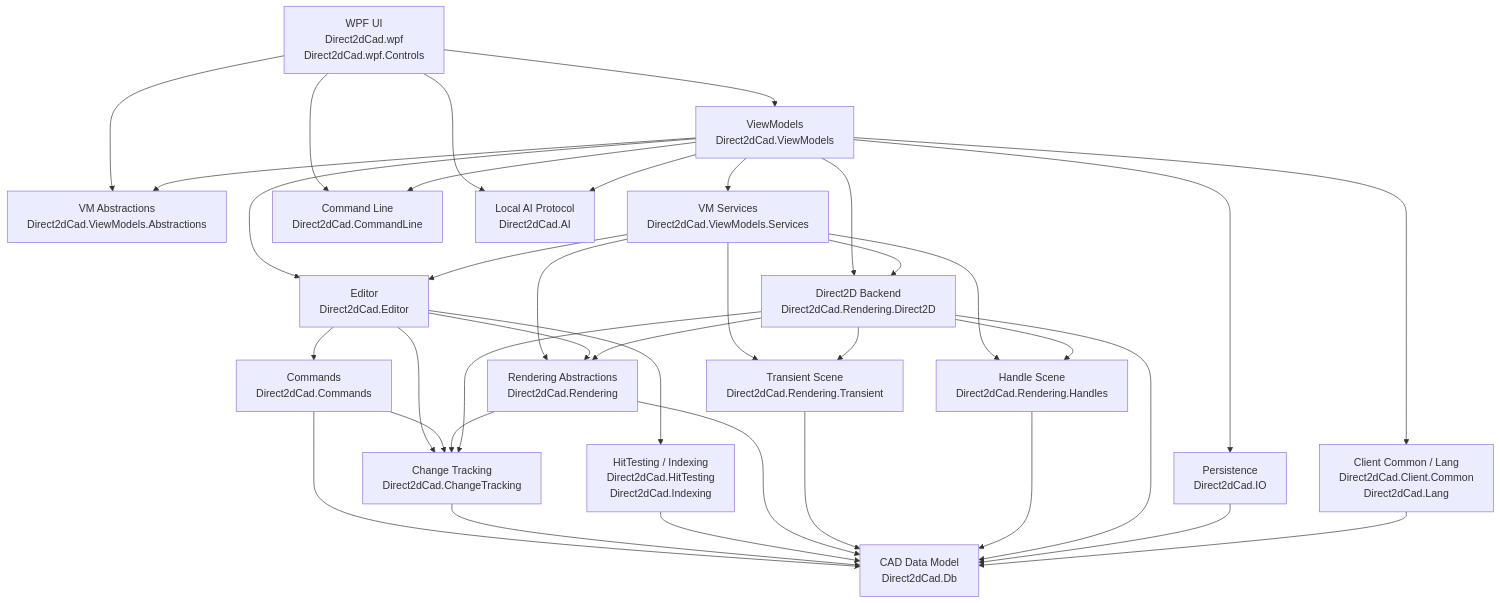
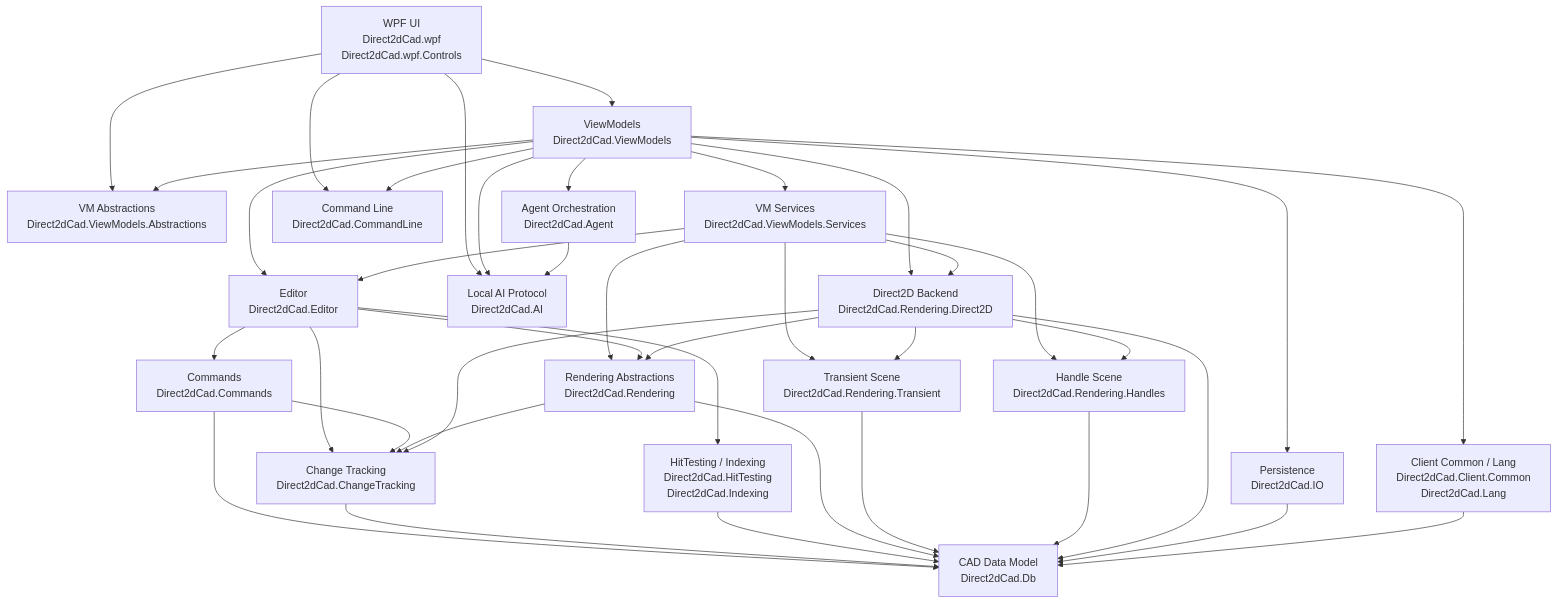
One commit to yoi102/Direct2dCad changed the diagram in README.md. Above: the diagram before and after it, drawn with Mermaid. The commit also changed other lines of this file and 31 other files, not shown here.

````diff
--- a/README.md
+++ b/README.md
@@ -72,57 +72,60 @@
 ```mermaid
 flowchart TD
     UI["WPF UI<br/>Direct2dCad.wpf<br/>Direct2dCad.wpf.Controls"]
     VMAbs["VM Abstractions<br/>Direct2dCad.ViewModels.Abstractions"]
     VMServices["VM Services<br/>Direct2dCad.ViewModels.Services"]
     VM["ViewModels<br/>Direct2dCad.ViewModels"]
     Client["Client Common / Lang<br/>Direct2dCad.Client.Common<br/>Direct2dCad.Lang"]
     Editor["Editor<br/>Direct2dCad.Editor"]
     Commands["Commands<br/>Direct2dCad.Commands"]
     CommandLine["Command Line<br/>Direct2dCad.CommandLine"]
     AI["Local AI Protocol<br/>Direct2dCad.AI"]
+    Agent["Agent Orchestration<br/>Direct2dCad.Agent"]
     ChangeTracking["Change Tracking<br/>Direct2dCad.ChangeTracking"]
     Db["CAD Data Model<br/>Direct2dCad.Db"]
     Query["HitTesting / Indexing<br/>Direct2dCad.HitTesting<br/>Direct2dCad.Indexing"]
     Rendering["Rendering Abstractions<br/>Direct2dCad.Rendering"]
     Transient["Transient Scene<br/>Direct2dCad.Rendering.Transient"]
     Handles["Handle Scene<br/>Direct2dCad.Rendering.Handles"]
     Direct2D["Direct2D Backend<br/>Direct2dCad.Rendering.Direct2D"]
     IO["Persistence<br/>Direct2dCad.IO"]
 
     UI --> VM
     UI --> VMAbs
     UI --> CommandLine
     UI --> AI
     VM --> VMAbs
     VM --> CommandLine
     VM --> AI
+    VM --> Agent
     VM --> VMServices
     VM --> Client
     VM --> Editor
     VM --> IO
     VM --> Direct2D
     VMServices --> Editor
     VMServices --> Rendering
     VMServices --> Direct2D
     VMServices --> Handles
     VMServices --> Transient
     Editor --> Commands
     Editor --> ChangeTracking
     Editor --> Query
     Editor --> Rendering
     Commands --> ChangeTracking
     Commands --> Db
     ChangeTracking --> Db
     Query --> Db
     Rendering --> ChangeTracking
     Rendering --> Db
     Transient --> Db
     Handles --> Db
     Direct2D --> Rendering
     Direct2D --> Handles
     Direct2D --> Transient
     Direct2D --> ChangeTracking
     Direct2D --> Db
     IO --> Db
     Client --> Db
+    Agent --> AI
 ```
````
